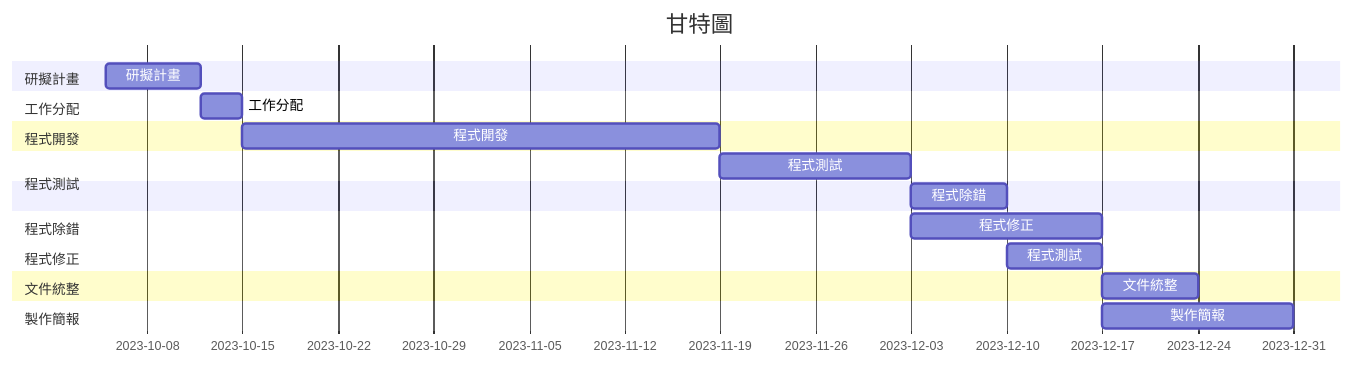
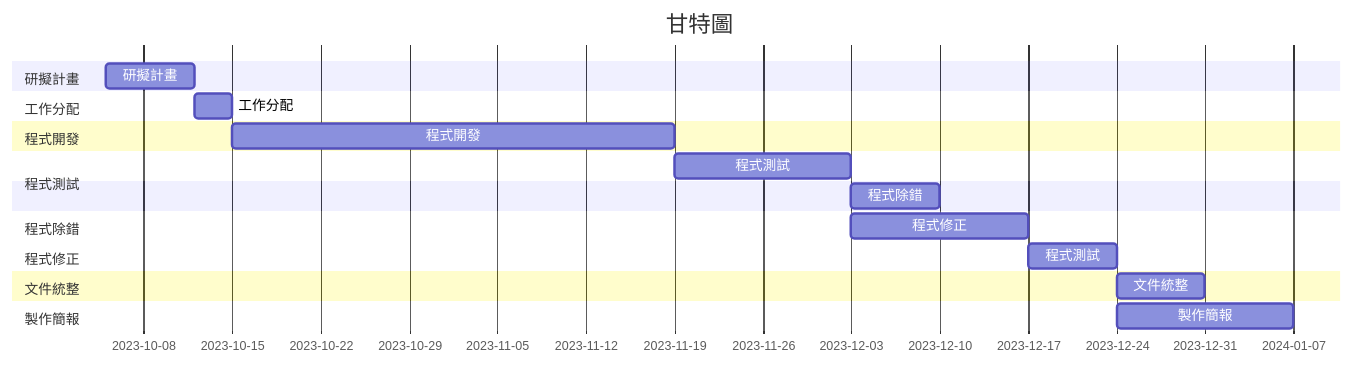
Before and after one commit to yyyyyk888/ouo: the diagram in README.md, drawn with Mermaid.

````diff
--- a/README.md
+++ b/README.md
@@ -27,23 +27,23 @@
 ```mermaid
 gantt
     title 甘特圖
 
     section 研擬計畫
     研擬計畫      :a1, 2023-10-05, 7d
     section 工作分配
     工作分配      :a2,after a1  , 3d
     section 程式開發
     程式開發      :a3,after a2  , 35d
     section 程式測試
     程式測試      :a4,after a3  , 14d
     section 程式除錯
     程式除錯      :a5,after a4  , 7d
     section 程式測試
     程式修正      :a6,after a4  , 14d
     section 程式修正
-    程式測試      :a7,after a5  , 7d
+    程式測試      :a7,after a6  , 7d
     section 文件統整
     文件統整      :a8,after a7  , 7d
     section 製作簡報
     製作簡報      :a10,after a7 , 14d
 ```
````
